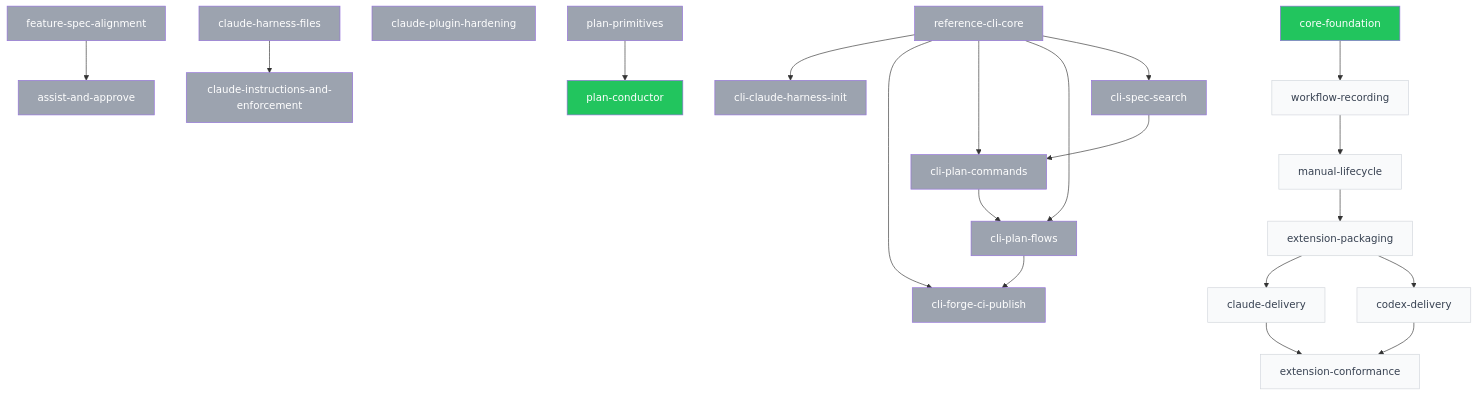
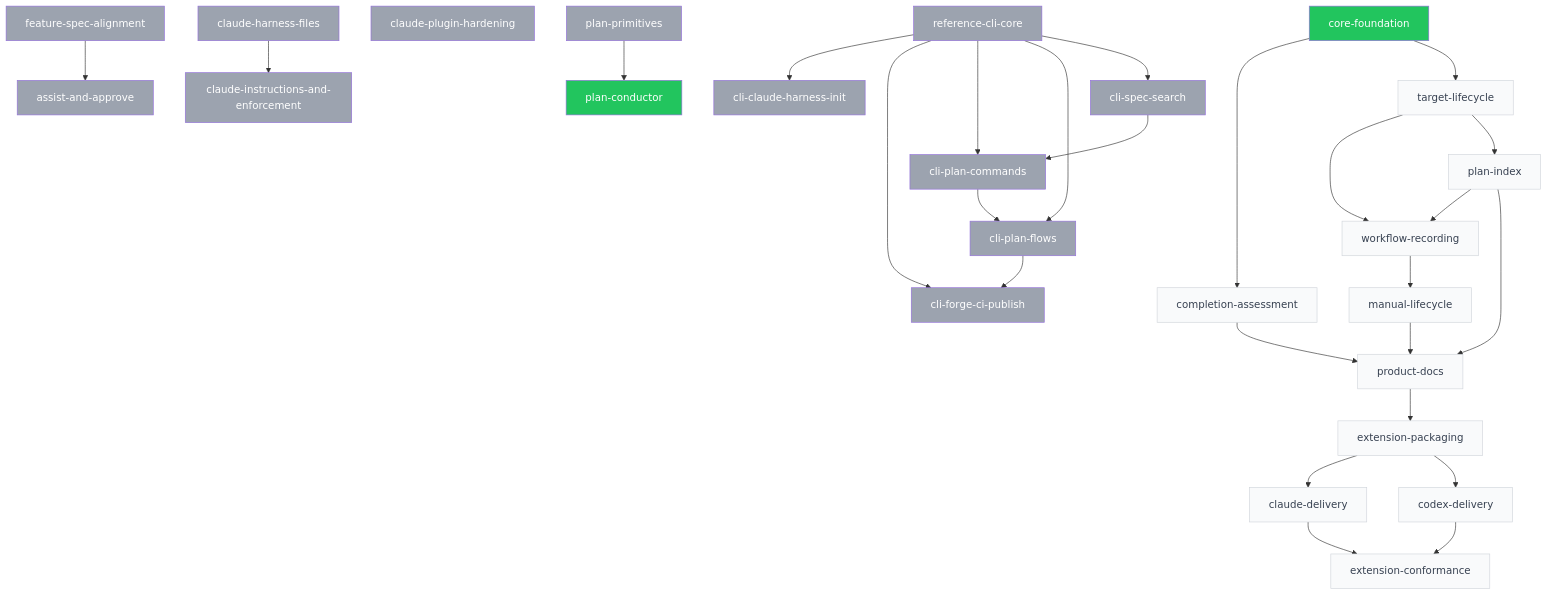
The diagram in plans/PLANS.md (SpiralSky/specplane), drawn with Mermaid before and after one commit. The commit also changed other lines of this file and 48 other files, not shown here.

````diff
--- a/plans/PLANS.md
+++ b/plans/PLANS.md
@@ -37,48 +41,59 @@
 ```mermaid
 graph TD
     p_2026_10_28_reference_cli_core[reference-cli-core]:::done
     p_2026_10_29_assist_and_approve[assist-and-approve]:::done
     p_2026_10_29_claude_harness_files[claude-harness-files]:::done
     p_2026_10_29_claude_instructions_and_enforcement[claude-instructions-and-enforcement]:::done
     p_2026_10_29_claude_plugin_hardening[claude-plugin-hardening]:::done
     p_2026_10_29_cli_claude_harness_init[cli-claude-harness-init]:::done
     p_2026_10_29_cli_forge_ci_publish[cli-forge-ci-publish]:::done
     p_2026_10_29_cli_plan_commands[cli-plan-commands]:::done
     p_2026_10_29_cli_plan_flows[cli-plan-flows]:::done
     p_2026_10_29_cli_spec_search[cli-spec-search]:::done
     p_2026_10_29_feature_spec_alignment[feature-spec-alignment]:::done
     p_2026_10_30_plan_conductor[plan-conductor]:::ready
     p_2026_10_30_plan_primitives[plan-primitives]:::done
     p_2026_11_01_claude_delivery[claude-delivery]:::draft
     p_2026_11_01_codex_delivery[codex-delivery]:::draft
     p_2026_11_01_core_foundation[core-foundation]:::ready
     p_2026_11_01_extension_conformance[extension-conformance]:::draft
     p_2026_11_01_extension_packaging[extension-packaging]:::draft
     p_2026_11_01_manual_lifecycle[manual-lifecycle]:::draft
     p_2026_11_01_workflow_recording[workflow-recording]:::draft
+    p_2026_11_02_completion_assessment[completion-assessment]:::draft
+    p_2026_11_02_plan_index[plan-index]:::draft
+    p_2026_11_02_product_docs[product-docs]:::draft
+    p_2026_11_02_target_lifecycle[target-lifecycle]:::draft
     p_2026_10_29_feature_spec_alignment --> p_2026_10_29_assist_and_approve
     p_2026_10_29_claude_harness_files --> p_2026_10_29_claude_instructions_and_enforcement
     p_2026_10_28_reference_cli_core --> p_2026_10_29_cli_claude_harness_init
     p_2026_10_28_reference_cli_core --> p_2026_10_29_cli_forge_ci_publish
     p_2026_10_29_cli_plan_flows --> p_2026_10_29_cli_forge_ci_publish
     p_2026_10_28_reference_cli_core --> p_2026_10_29_cli_plan_commands
     p_2026_10_29_cli_spec_search --> p_2026_10_29_cli_plan_commands
     p_2026_10_28_reference_cli_core --> p_2026_10_29_cli_plan_flows
     p_2026_10_29_cli_plan_commands --> p_2026_10_29_cli_plan_flows
     p_2026_10_28_reference_cli_core --> p_2026_10_29_cli_spec_search
     p_2026_10_30_plan_primitives --> p_2026_10_30_plan_conductor
     p_2026_11_01_extension_packaging --> p_2026_11_01_claude_delivery
     p_2026_11_01_extension_packaging --> p_2026_11_01_codex_delivery
     p_2026_11_01_claude_delivery --> p_2026_11_01_extension_conformance
     p_2026_11_01_codex_delivery --> p_2026_11_01_extension_conformance
-    p_2026_11_01_manual_lifecycle --> p_2026_11_01_extension_packaging
+    p_2026_11_02_product_docs --> p_2026_11_01_extension_packaging
     p_2026_11_01_workflow_recording --> p_2026_11_01_manual_lifecycle
-    p_2026_11_01_core_foundation --> p_2026_11_01_workflow_recording
+    p_2026_11_02_plan_index --> p_2026_11_01_workflow_recording
+    p_2026_11_02_target_lifecycle --> p_2026_11_01_workflow_recording
+    p_2026_11_01_core_foundation --> p_2026_11_02_completion_assessment
+    p_2026_11_02_target_lifecycle --> p_2026_11_02_plan_index
+    p_2026_11_01_manual_lifecycle --> p_2026_11_02_product_docs
+    p_2026_11_02_completion_assessment --> p_2026_11_02_product_docs
+    p_2026_11_02_plan_index --> p_2026_11_02_product_docs
+    p_2026_11_01_core_foundation --> p_2026_11_02_target_lifecycle
     classDef draft fill:#f9fafb,color:#374151,stroke:#d1d5db
     classDef ready fill:#22c55e,color:#fff
     classDef blocked fill:#ef4444,color:#fff
     classDef in_progress fill:#3b82f6,color:#fff
     classDef review fill:#60a5fa,color:#fff
     classDef done fill:#9ca3af,color:#fff
     classDef abandoned fill:#9ca3af,color:#fff,text-decoration:line-through
 ```
````
